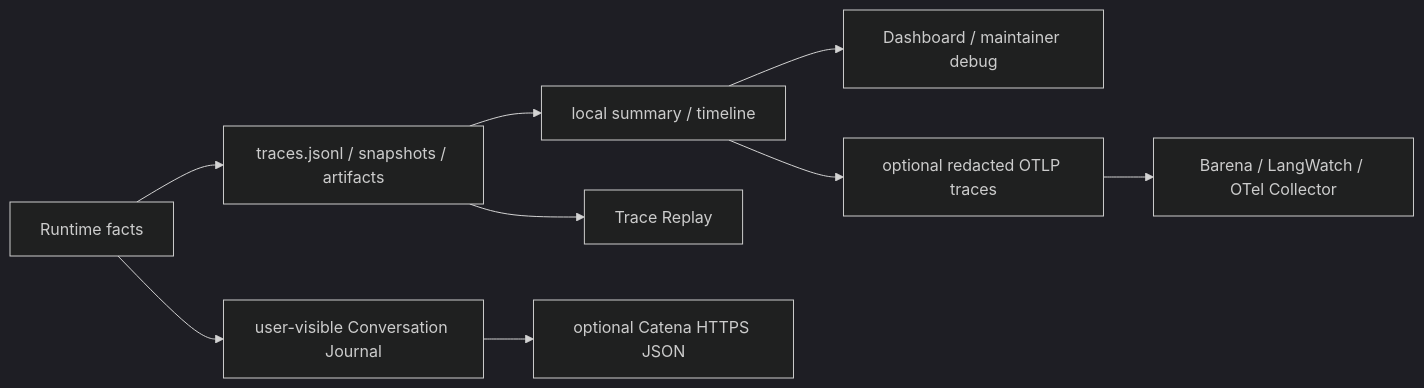
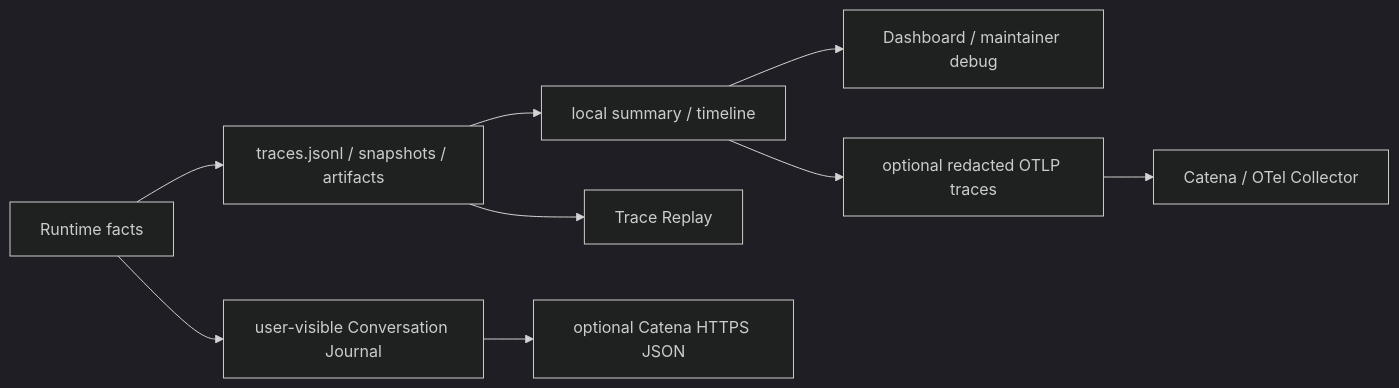
The diagram in docs/observability-evidence/PLAN.md (fightheyyy/xiaobaOS), drawn with Mermaid (dark theme) before and after one commit. The commit also changed other lines of this file and 4 other files, not shown here.

````diff
--- a/docs/observability-evidence/PLAN.md
+++ b/docs/observability-evidence/PLAN.md
@@ -24,11 +24,11 @@
 ```mermaid
 flowchart LR
     Runtime["Runtime facts"] --> Logs["traces.jsonl / snapshots / artifacts"]
     Logs --> Projection["local summary / timeline"]
     Logs --> Replay["Trace Replay"]
     Projection --> Debug["Dashboard / maintainer debug"]
     Projection --> OTLP["optional redacted OTLP traces"]
-    OTLP --> Collector["Barena / LangWatch / OTel Collector"]
+    OTLP --> Collector["Catena / OTel Collector"]
     Runtime --> Conversation["user-visible Conversation Journal"]
     Conversation --> Catena["optional Catena HTTPS JSON"]
 ```
````
